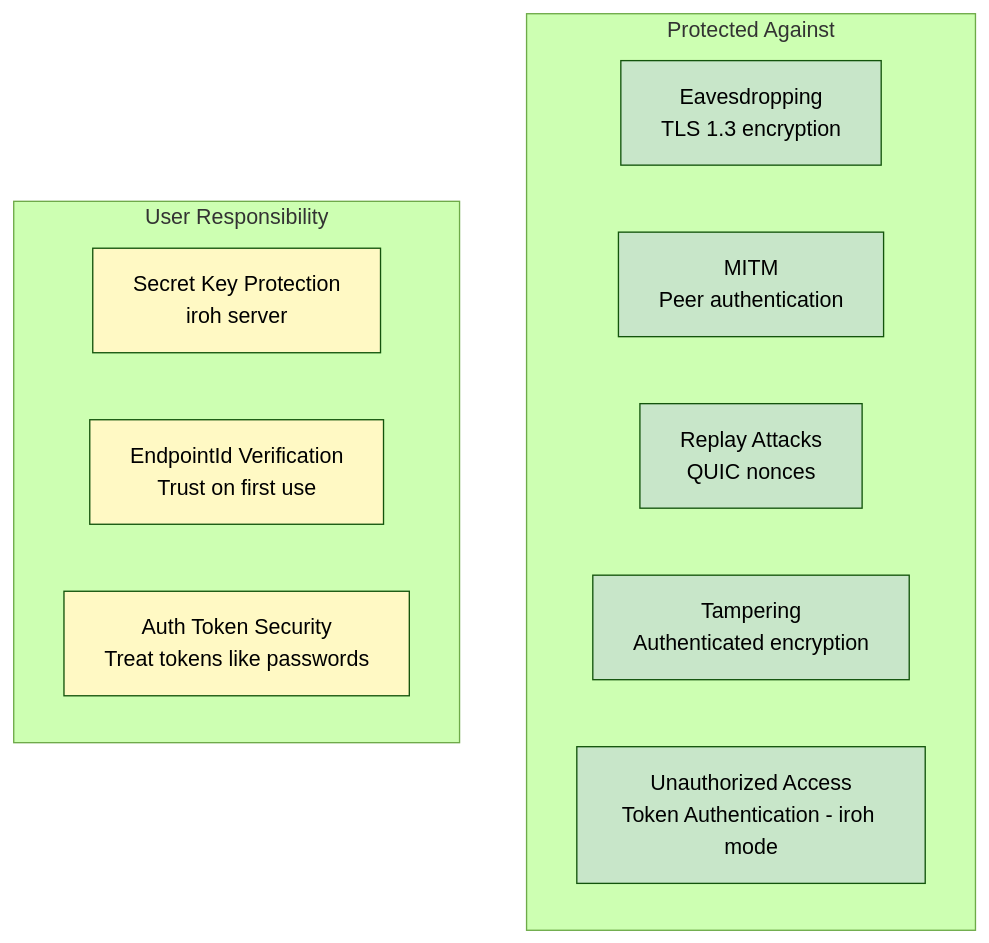
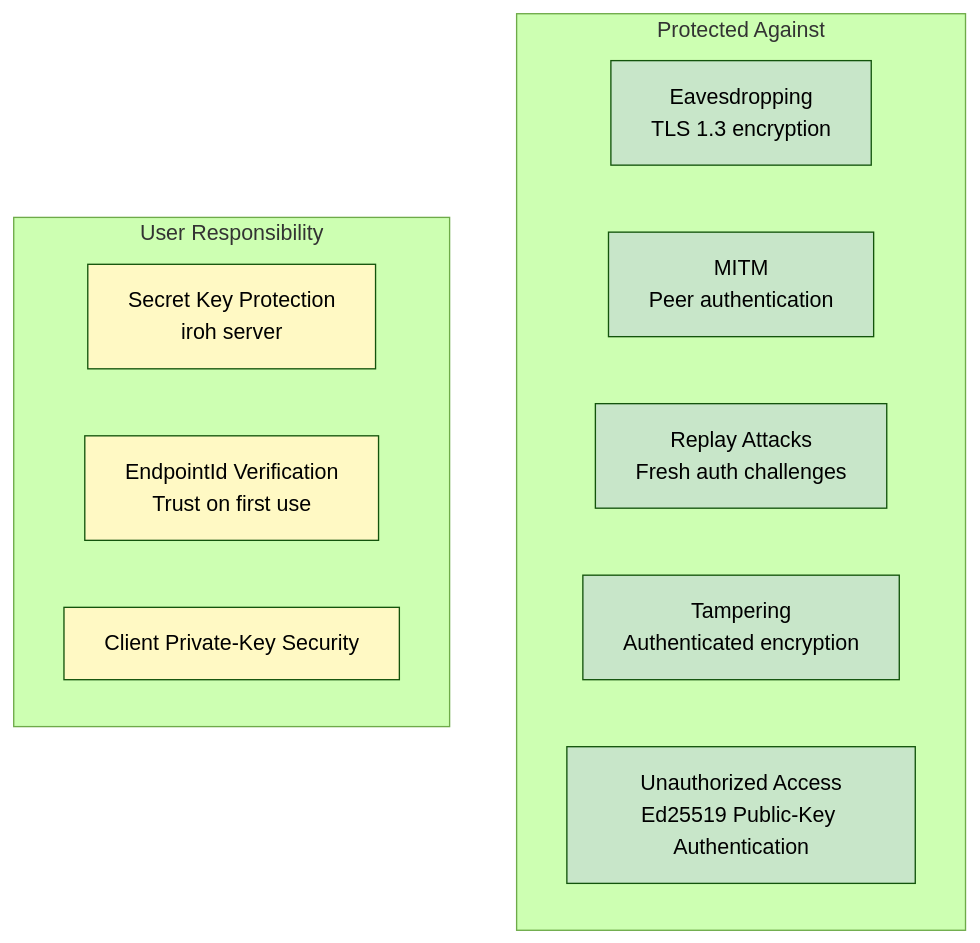
Before and after one commit to andrewtheguy/tunnel-rs: diagram 16 of 22 in docs/ARCHITECTURE.md, drawn with Mermaid (forest theme). The commit also changed other lines of this file and 26 other files, not shown here.

Commit message:
Replace token auth with Ed25519 public-key authentication

````diff
--- a/docs/ARCHITECTURE.md
+++ b/docs/ARCHITECTURE.md
@@ -610,26 +593,26 @@
 ```mermaid
 graph TB
     subgraph "Protected Against"
         A[Eavesdropping<br/>TLS 1.3 encryption]
         B[MITM<br/>Peer authentication]
-        C[Replay Attacks<br/>QUIC nonces]
+        C[Replay Attacks<br/>Fresh auth challenges]
         D[Tampering<br/>Authenticated encryption]
-        E2[Unauthorized Access<br/>Token Authentication - iroh mode]
+        E2[Unauthorized Access<br/>Ed25519 Public-Key Authentication]
     end
 
     subgraph "User Responsibility"
         F[Secret Key Protection<br/>iroh server]
         G[EndpointId Verification<br/>Trust on first use]
-        H[Auth Token Security<br/>Treat tokens like passwords]
+        H[Client Private-Key Security]
     end
 
     style A fill:#C8E6C9
     style B fill:#C8E6C9
     style C fill:#C8E6C9
     style D fill:#C8E6C9
     style E2 fill:#C8E6C9
 
     style F fill:#FFF9C4
     style G fill:#FFF9C4
     style H fill:#FFF9C4
 ```
````
